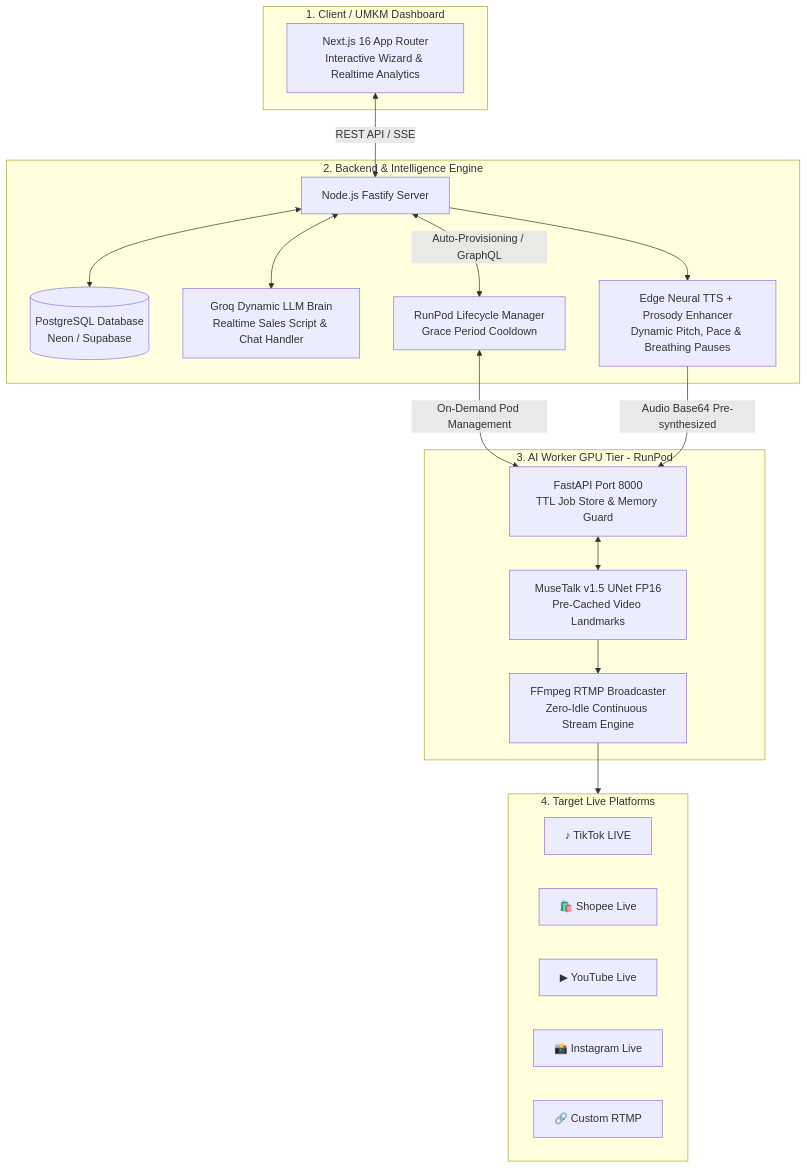
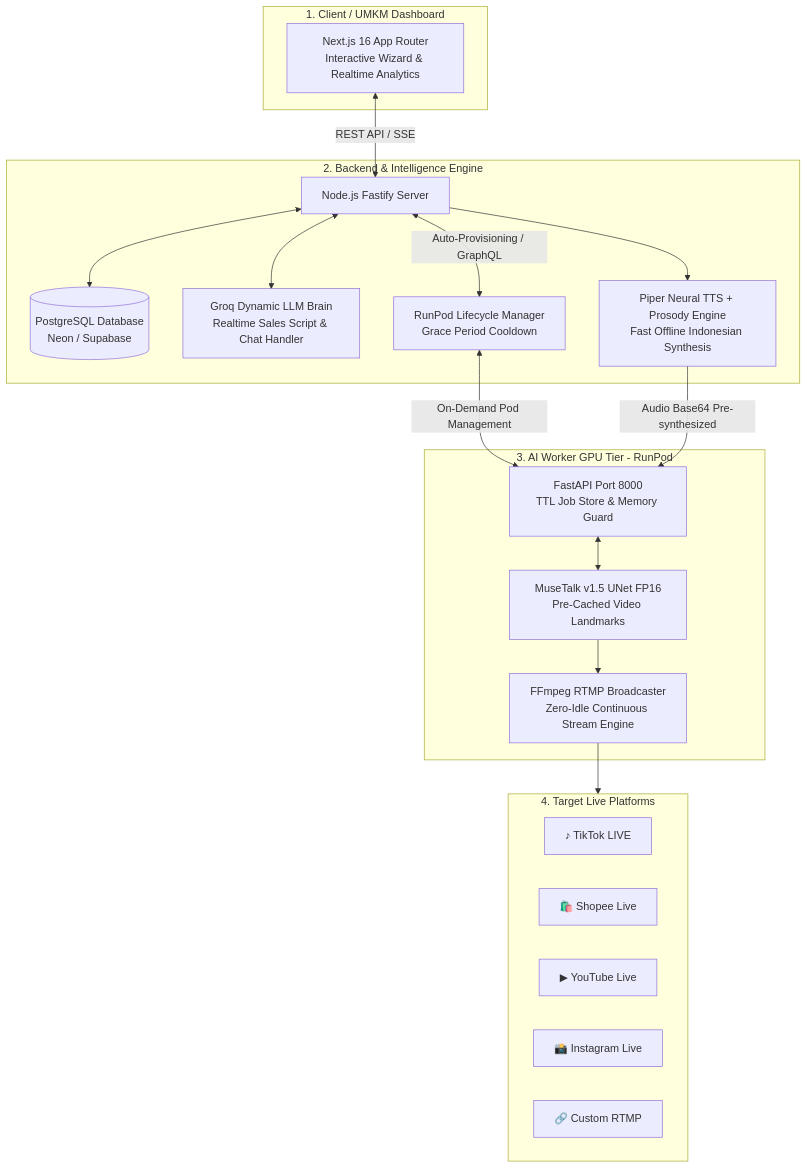
One commit to ramadifa13/live-streaming-ai changed the diagram in deploy/DEPLOYMENT_GUIDE.md. Above: the diagram before and after it, drawn with Mermaid. The commit also changed 27 other files, not shown here.

````diff
--- a/deploy/DEPLOYMENT_GUIDE.md
+++ b/deploy/DEPLOYMENT_GUIDE.md
@@ -9,39 +9,39 @@
 ```mermaid
 flowchart TD
     subgraph ClientTier [1. Client / UMKM Dashboard]
         FE[Next.js 16 App Router\nInteractive Wizard & Realtime Analytics]
     end
 
     subgraph BackendTier [2. Backend & Intelligence Engine]
         BE[Node.js Fastify Server]
         DB[(PostgreSQL Database\nNeon / Supabase)]
         LLM[Groq Dynamic LLM Brain\nRealtime Sales Script & Chat Handler]
-        TTS[Edge Neural TTS + Prosody Enhancer\nDynamic Pitch, Pace & Breathing Pauses]
+        TTS[Piper Neural TTS + Prosody Engine\nFast Offline Indonesian Synthesis]
         Orchestrator[RunPod Lifecycle Manager\nGrace Period Cooldown]
     end
 
     subgraph WorkerTier [3. AI Worker GPU Tier - RunPod]
         WorkerAPI[FastAPI Port 8000\nTTL Job Store & Memory Guard]
         MuseTalk[MuseTalk v1.5 UNet FP16\nPre-Cached Video Landmarks]
         Broadcaster[FFmpeg RTMP Broadcaster\nZero-Idle Continuous Stream Engine]
     end
 
     subgraph PlatformTier [4. Target Live Platforms]
         TikTok[♪ TikTok LIVE]
         Shopee[🛍️ Shopee Live]
         YouTube[▶ YouTube Live]
         Instagram[📸 Instagram Live]
         Custom[🔗 Custom RTMP]
     end
 
     FE <-->|REST API / SSE| BE
     BE <--> DB
     BE <--> LLM
     BE --> TTS
     BE <-->|Auto-Provisioning / GraphQL| Orchestrator
     Orchestrator <-->|On-Demand Pod Management| WorkerAPI
     TTS -->|Audio Base64 Pre-synthesized| WorkerAPI
     WorkerAPI <--> MuseTalk
     MuseTalk --> Broadcaster
     Broadcaster --> PlatformTier
 ```
````
